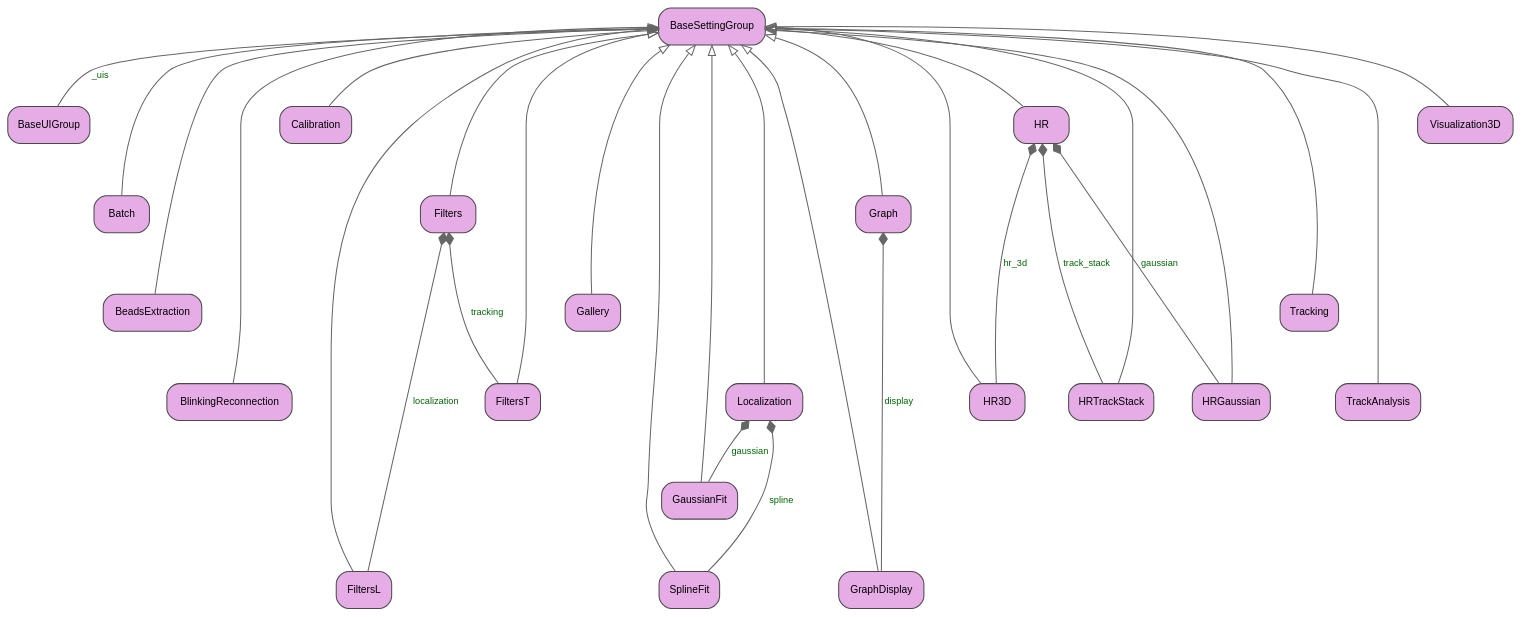
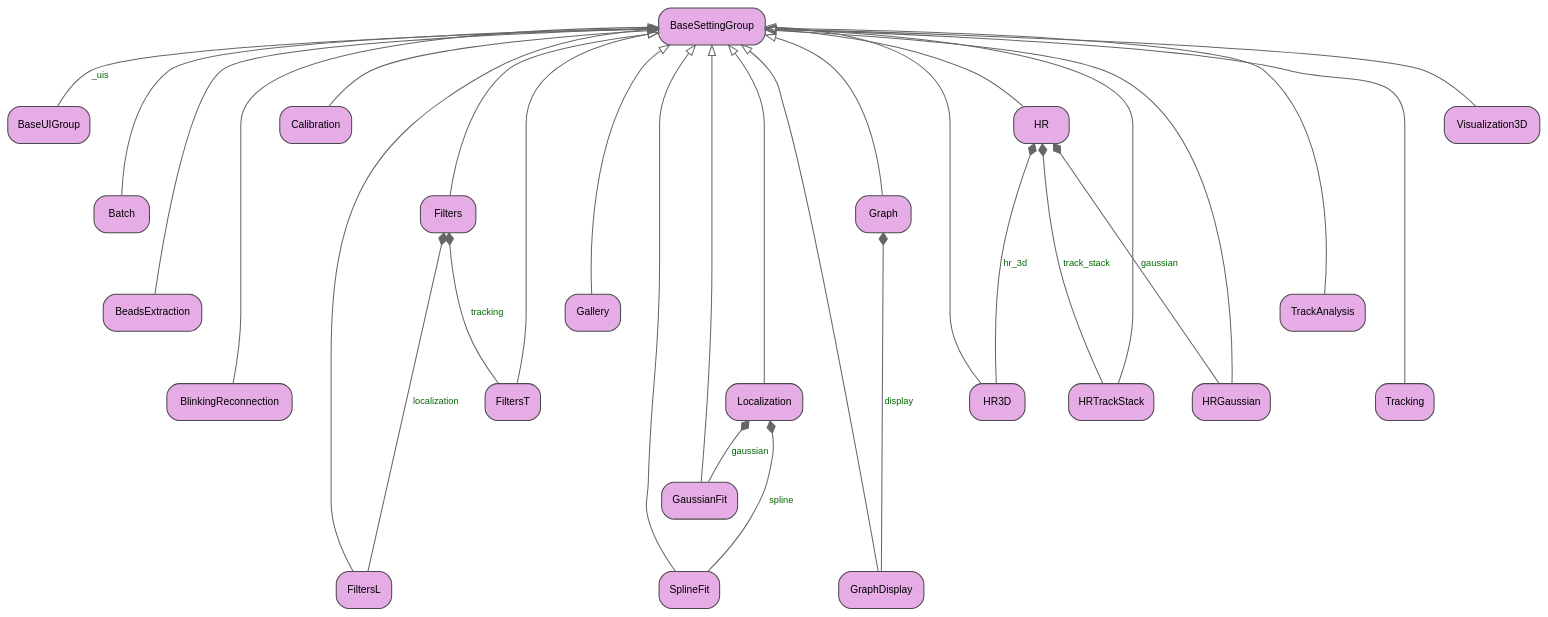
The diagram in docs/_static/graph/classes_groups.dot (tmonseigne/palm-tracer), drawn with Graphviz before and after one commit. The commit also changed 6 other files, not shown here.

Commit message:
:memo: Update Class Diagram

```diff
--- a/docs/_static/graph/classes_groups.dot
+++ b/docs/_static/graph/classes_groups.dot
@@ -1,58 +1,58 @@
 digraph "classes_groups" {
 graph [bgcolor="transparent", nodesep="0.35", pad="0.2", rankdir="BT", ranksep="0.7"];
 node [color="#4a4a4a", fillcolor="#e6ace6", fontcolor="black", fontname="Helvetica", fontsize="10", shape="box", style="filled,rounded"];
 edge [color="#666666", fontcolor="#006400", fontname="Helvetica", fontsize="9"];
 
 "palm_tracer.Settings.Groups.BaseSettingGroup.BaseSettingGroup" [label="BaseSettingGroup"];
 "palm_tracer.Settings.Groups.BaseUIGroup.BaseUIGroup" [label="BaseUIGroup"];
 "palm_tracer.Settings.Groups.Batch.Batch" [label="Batch"];
 "palm_tracer.Settings.Groups.BeadsExtraction.BeadsExtraction" [label="BeadsExtraction"];
 "palm_tracer.Settings.Groups.BlinkingReconnection.BlinkingReconnection" [label="BlinkingReconnection"];
 "palm_tracer.Settings.Groups.Calibration.Calibration" [label="Calibration"];
 "palm_tracer.Settings.Groups.Filters.Filters" [label="Filters"];
 "palm_tracer.Settings.Groups.FiltersL.FiltersL" [label="FiltersL"];
 "palm_tracer.Settings.Groups.FiltersT.FiltersT" [label="FiltersT"];
 "palm_tracer.Settings.Groups.Gallery.Gallery" [label="Gallery"];
 "palm_tracer.Settings.Groups.GaussianFit.GaussianFit" [label="GaussianFit"];
 "palm_tracer.Settings.Groups.Graph.Graph" [label="Graph"];
 "palm_tracer.Settings.Groups.GraphDisplay.GraphDisplay" [label="GraphDisplay"];
 "palm_tracer.Settings.Groups.HR.HR" [label="HR"];
 "palm_tracer.Settings.Groups.HR3D.HR3D" [label="HR3D"];
 "palm_tracer.Settings.Groups.HRGaussian.HRGaussian" [label="HRGaussian"];
 "palm_tracer.Settings.Groups.HRTrackStack.HRTrackStack" [label="HRTrackStack"];
 "palm_tracer.Settings.Groups.Localization.Localization" [label="Localization"];
 "palm_tracer.Settings.Groups.SplineFit.SplineFit" [label="SplineFit"];
+"palm_tracer.Settings.Groups.TrackAnalysis.TrackAnalysis" [label="TrackAnalysis"];
 "palm_tracer.Settings.Groups.Tracking.Tracking" [label="Tracking"];
-"palm_tracer.Settings.Groups.TrackAnalysis.TrackAnalysis" [label="TrackAnalysis"];
 "palm_tracer.Settings.Groups.Visualization3D.Visualization3D" [label="Visualization3D"];
 
 "palm_tracer.Settings.Groups.BaseUIGroup.BaseUIGroup" -> "palm_tracer.Settings.Groups.BaseSettingGroup.BaseSettingGroup" [arrowhead="diamond", arrowtail="none", fontcolor="#006400", label="_uis", minlen="1"];
 "palm_tracer.Settings.Groups.Batch.Batch" -> "palm_tracer.Settings.Groups.BaseSettingGroup.BaseSettingGroup" [arrowhead="empty", arrowtail="none", minlen="2"];
 "palm_tracer.Settings.Groups.BeadsExtraction.BeadsExtraction" -> "palm_tracer.Settings.Groups.BaseSettingGroup.BaseSettingGroup" [arrowhead="empty", arrowtail="none", minlen="3"];
 "palm_tracer.Settings.Groups.BlinkingReconnection.BlinkingReconnection" -> "palm_tracer.Settings.Groups.BaseSettingGroup.BaseSettingGroup" [arrowhead="empty", arrowtail="none", minlen="4"];
 "palm_tracer.Settings.Groups.Calibration.Calibration" -> "palm_tracer.Settings.Groups.BaseSettingGroup.BaseSettingGroup" [arrowhead="empty", arrowtail="none", minlen="1"];
 "palm_tracer.Settings.Groups.Filters.Filters" -> "palm_tracer.Settings.Groups.BaseSettingGroup.BaseSettingGroup" [arrowhead="empty", arrowtail="none", minlen="2"];
 "palm_tracer.Settings.Groups.FiltersL.FiltersL" -> "palm_tracer.Settings.Groups.BaseSettingGroup.BaseSettingGroup" [arrowhead="empty", arrowtail="none", minlen="3"];
 "palm_tracer.Settings.Groups.FiltersL.FiltersL" -> "palm_tracer.Settings.Groups.Filters.Filters" [arrowhead="diamond", arrowtail="none", fontcolor="#006400", label="localization", minlen="4"];
 "palm_tracer.Settings.Groups.FiltersT.FiltersT" -> "palm_tracer.Settings.Groups.BaseSettingGroup.BaseSettingGroup" [arrowhead="empty", arrowtail="none", minlen="1"];
 "palm_tracer.Settings.Groups.FiltersT.FiltersT" -> "palm_tracer.Settings.Groups.Filters.Filters" [arrowhead="diamond", arrowtail="none", fontcolor="#006400", label="tracking", minlen="2"];
 "palm_tracer.Settings.Groups.Gallery.Gallery" -> "palm_tracer.Settings.Groups.BaseSettingGroup.BaseSettingGroup" [arrowhead="empty", arrowtail="none", minlen="3"];
 "palm_tracer.Settings.Groups.GaussianFit.GaussianFit" -> "palm_tracer.Settings.Groups.BaseSettingGroup.BaseSettingGroup" [arrowhead="empty", arrowtail="none", minlen="4"];
 "palm_tracer.Settings.Groups.GaussianFit.GaussianFit" -> "palm_tracer.Settings.Groups.Localization.Localization" [arrowhead="diamond", arrowtail="none", fontcolor="#006400", label="gaussian", minlen="1"];
 "palm_tracer.Settings.Groups.Graph.Graph" -> "palm_tracer.Settings.Groups.BaseSettingGroup.BaseSettingGroup" [arrowhead="empty", arrowtail="none", minlen="2"];
 "palm_tracer.Settings.Groups.GraphDisplay.GraphDisplay" -> "palm_tracer.Settings.Groups.BaseSettingGroup.BaseSettingGroup" [arrowhead="empty", arrowtail="none", minlen="3"];
 "palm_tracer.Settings.Groups.GraphDisplay.GraphDisplay" -> "palm_tracer.Settings.Groups.Graph.Graph" [arrowhead="diamond", arrowtail="none", fontcolor="#006400", label="display", minlen="4"];
 "palm_tracer.Settings.Groups.HR.HR" -> "palm_tracer.Settings.Groups.BaseSettingGroup.BaseSettingGroup" [arrowhead="empty", arrowtail="none", minlen="1"];
 "palm_tracer.Settings.Groups.HR3D.HR3D" -> "palm_tracer.Settings.Groups.BaseSettingGroup.BaseSettingGroup" [arrowhead="empty", arrowtail="none", minlen="2"];
 "palm_tracer.Settings.Groups.HR3D.HR3D" -> "palm_tracer.Settings.Groups.HR.HR" [arrowhead="diamond", arrowtail="none", fontcolor="#006400", label="hr_3d", minlen="3"];
 "palm_tracer.Settings.Groups.HRGaussian.HRGaussian" -> "palm_tracer.Settings.Groups.BaseSettingGroup.BaseSettingGroup" [arrowhead="empty", arrowtail="none", minlen="4"];
 "palm_tracer.Settings.Groups.HRGaussian.HRGaussian" -> "palm_tracer.Settings.Groups.HR.HR" [arrowhead="diamond", arrowtail="none", fontcolor="#006400", label="gaussian", minlen="1"];
 "palm_tracer.Settings.Groups.HRTrackStack.HRTrackStack" -> "palm_tracer.Settings.Groups.BaseSettingGroup.BaseSettingGroup" [arrowhead="empty", arrowtail="none", minlen="2"];
 "palm_tracer.Settings.Groups.HRTrackStack.HRTrackStack" -> "palm_tracer.Settings.Groups.HR.HR" [arrowhead="diamond", arrowtail="none", fontcolor="#006400", label="track_stack", minlen="3"];
 "palm_tracer.Settings.Groups.Localization.Localization" -> "palm_tracer.Settings.Groups.BaseSettingGroup.BaseSettingGroup" [arrowhead="empty", arrowtail="none", minlen="4"];
 "palm_tracer.Settings.Groups.SplineFit.SplineFit" -> "palm_tracer.Settings.Groups.BaseSettingGroup.BaseSettingGroup" [arrowhead="empty", arrowtail="none", minlen="1"];
 "palm_tracer.Settings.Groups.SplineFit.SplineFit" -> "palm_tracer.Settings.Groups.Localization.Localization" [arrowhead="diamond", arrowtail="none", fontcolor="#006400", label="spline", minlen="2"];
-"palm_tracer.Settings.Groups.Tracking.Tracking" -> "palm_tracer.Settings.Groups.BaseSettingGroup.BaseSettingGroup" [arrowhead="empty", arrowtail="none", minlen="3"];
-"palm_tracer.Settings.Groups.TrackAnalysis.TrackAnalysis" -> "palm_tracer.Settings.Groups.BaseSettingGroup.BaseSettingGroup" [arrowhead="empty", arrowtail="none", minlen="4"];
+"palm_tracer.Settings.Groups.TrackAnalysis.TrackAnalysis" -> "palm_tracer.Settings.Groups.BaseSettingGroup.BaseSettingGroup" [arrowhead="empty", arrowtail="none", minlen="3"];
+"palm_tracer.Settings.Groups.Tracking.Tracking" -> "palm_tracer.Settings.Groups.BaseSettingGroup.BaseSettingGroup" [arrowhead="empty", arrowtail="none", minlen="4"];
 "palm_tracer.Settings.Groups.Visualization3D.Visualization3D" -> "palm_tracer.Settings.Groups.BaseSettingGroup.BaseSettingGroup" [arrowhead="empty", arrowtail="none", minlen="1"];
 }
```
